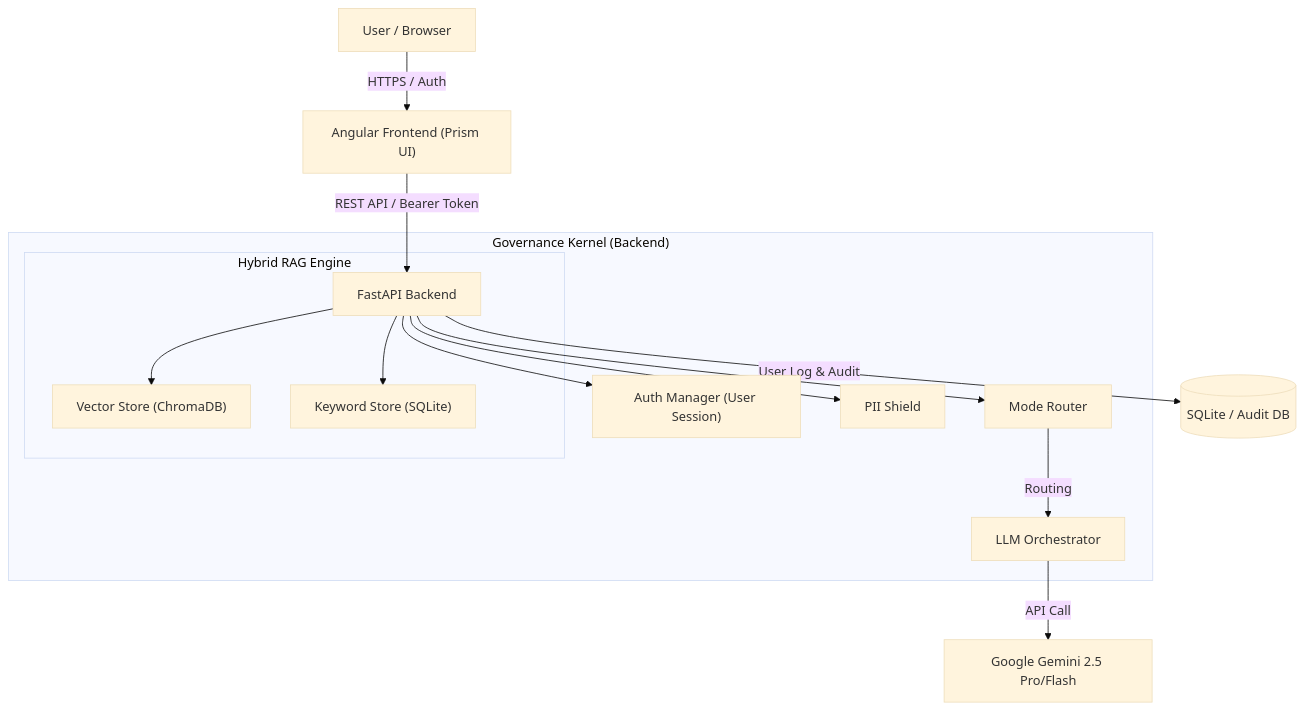
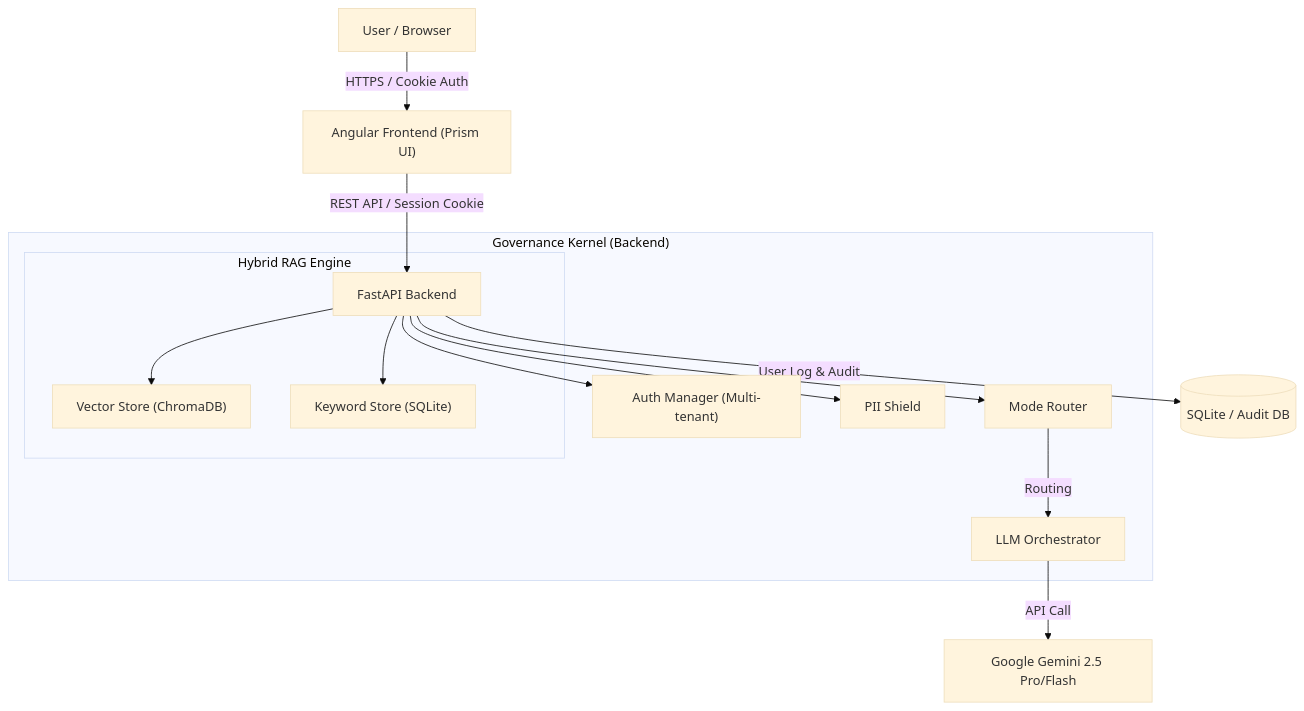
The diagram in README.md (KanadeYumesaki/prism-enterprise-ai), drawn with Mermaid (base theme) before and after one commit. The commit also changed other lines of this file and 12 other files, not shown here.

Commit message:
feat: Implement Multi-tenancy with Mock Auth & RAG isolation

`````diff
--- a/README.md
+++ b/README.md
@@ -47,20 +49,20 @@
 ```mermaid
 graph TD
-    User["User / Browser"] -->|"HTTPS / Auth"| FE["Angular Frontend (Prism UI)"]
-    FE -->|"REST API / Bearer Token"| BE["FastAPI Backend"]
+    User["User / Browser"] -->|"HTTPS / Cookie Auth"| FE["Angular Frontend (Prism UI)"]
+    FE -->|"REST API / Session Cookie"| BE["FastAPI Backend"]
     
     subgraph "Governance Kernel (Backend)"
-        BE --> Auth["Auth Manager (User Session)"]
+        BE --> Auth["Auth Manager (Multi-tenant)"]
         BE --> Router["Mode Router"]
         BE --> PII["PII Shield"]
         Router -->|"Routing"| Model["LLM Orchestrator"]
         
         subgraph "Hybrid RAG Engine"
             BE --> Vector["Vector Store (ChromaDB)"]
             BE --> Keyword["Keyword Store (SQLite)"]
         end
     end
     
     Model -->|"API Call"| Google["Google Gemini 2.5 Pro/Flash"]
     BE -->|"User Log & Audit"| DB[("SQLite / Audit DB")]
 ````
`````
